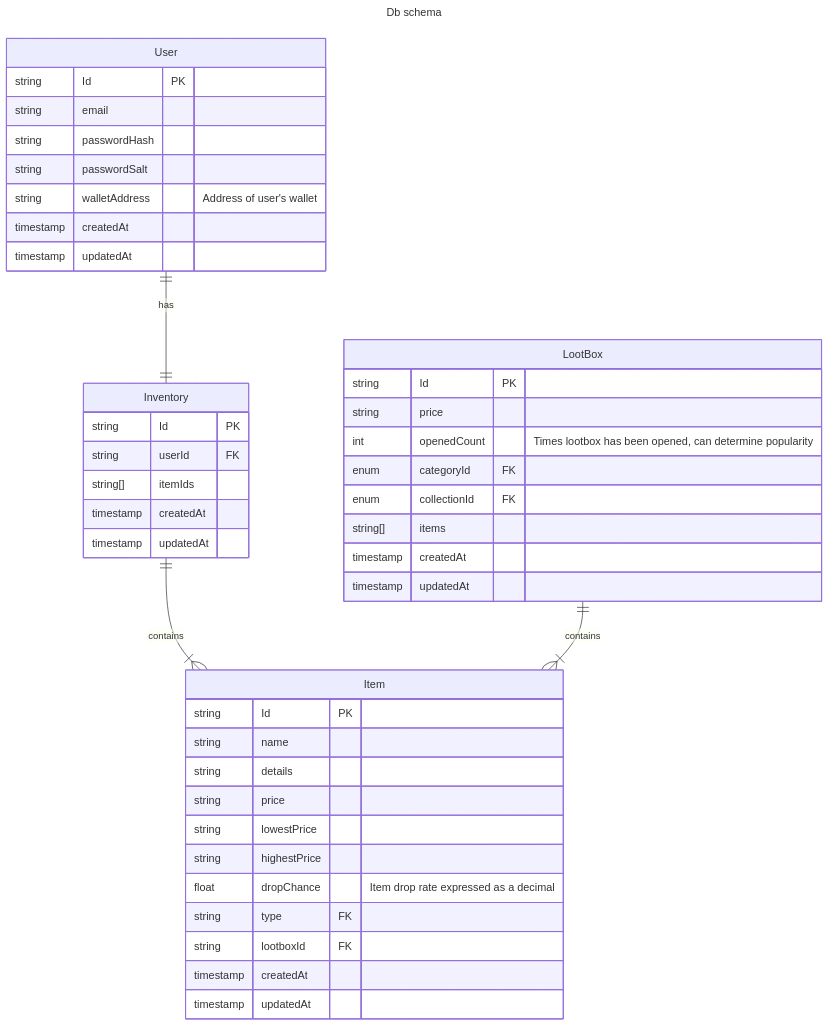
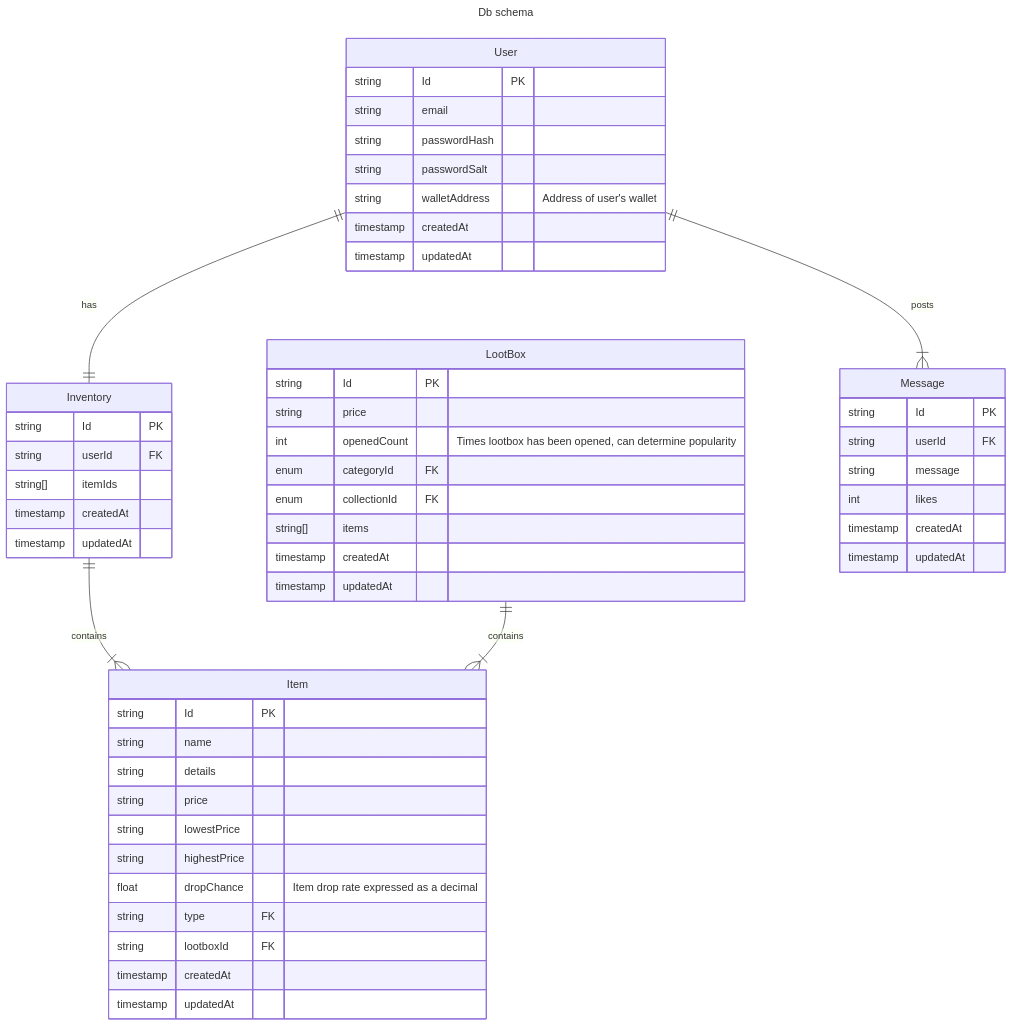
One commit to PCRinus/looties-backend changed the diagram in prisma/dbSchema.md. Above: the diagram before and after it, drawn with Mermaid. The commit also changed 2 other files, not shown here.

Commit message:
feat: add table to store sent messages
LOO-20

````diff
--- a/prisma/dbSchema.md
+++ b/prisma/dbSchema.md
@@ -1,55 +1,66 @@
 ```mermaid
 ---
 title: Db schema
 ---
 
 erDiagram
   User {
     string Id PK
     string email
     string passwordHash
     string passwordSalt
     string walletAddress "Address of user's wallet"
     timestamp createdAt
     timestamp updatedAt
   }
 
   Inventory {
     string Id PK
     string userId FK
     string[] itemIds
     timestamp createdAt
     timestamp updatedAt
   }
 
   User one to one Inventory : has
 
     Item {
     string Id PK
     string name
     string details
     string price
     string lowestPrice
     string highestPrice
     float dropChance "Item drop rate expressed as a decimal"
     string type FK
     string lootboxId FK
     timestamp createdAt
     timestamp updatedAt
   }
 
   Inventory one to one or more Item : contains
 
   LootBox {
     string Id PK
     string price
     int openedCount "Times lootbox has been opened, can determine popularity"
     enum categoryId FK
     enum collectionId FK
     string[] items
     timestamp createdAt
     timestamp updatedAt
   }
 
   LootBox one to one or more Item : contains
+
+  Message {
+    string Id PK
+    string userId FK
+    string message
+    int likes
+    timestamp createdAt
+    timestamp updatedAt
+  }
+
+  User only one to one or more Message : posts
 ```
````
